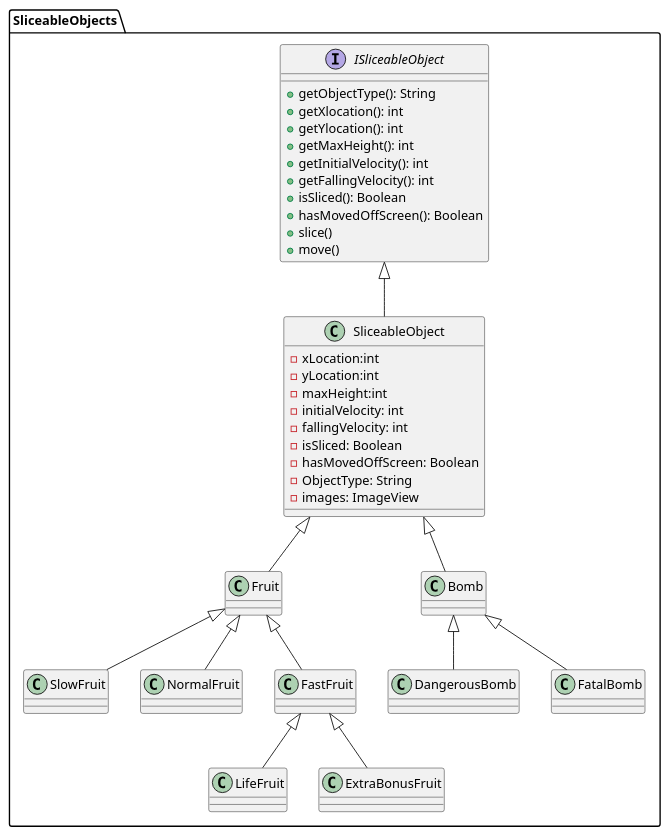
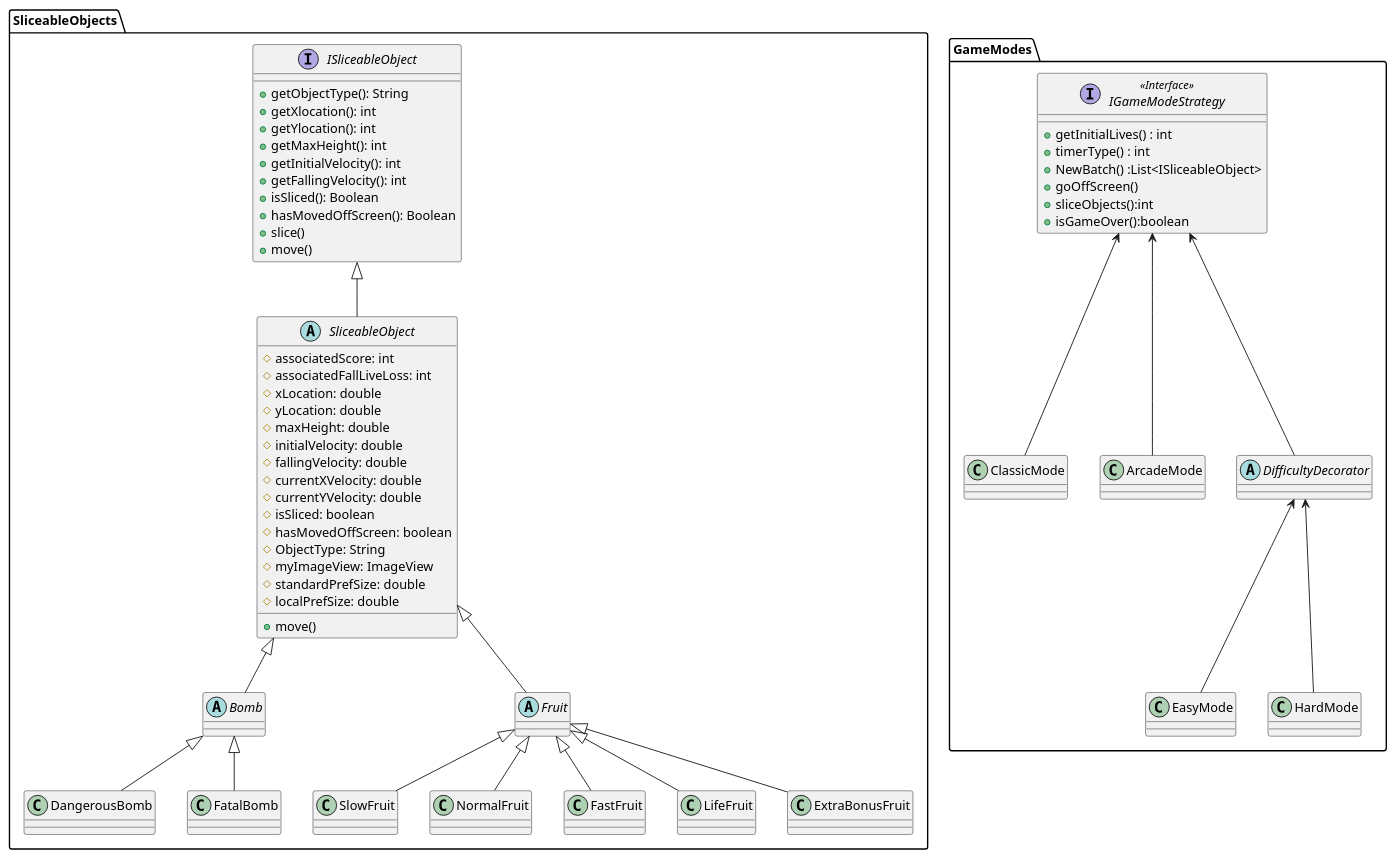
One commit to zixa5824/FruitNinja changed the diagram in Fruit-Ninja-knockoff.puml. Above: the diagram before and after it, drawn with PlantUML. The commit also changed 4 other files, not shown here.

```diff
--- a/Fruit-Ninja-knockoff.puml
+++ b/Fruit-Ninja-knockoff.puml
@@ -1,49 +1,82 @@
 @startuml
 
 package SliceableObjects {
 
     interface ISliceableObject{
         +getObjectType(): String
         +getXlocation(): int
         +getYlocation(): int
         +getMaxHeight(): int
         +getInitialVelocity(): int
         +getFallingVelocity(): int
         +isSliced(): Boolean
         +hasMovedOffScreen(): Boolean
         +slice()
         +move()
 
     }
 
-    Class SliceableObject{
-        -xLocation:int
-        -yLocation:int
-        -maxHeight:int
-        -initialVelocity: int
-        -fallingVelocity: int
-        -isSliced: Boolean
-        -hasMovedOffScreen: Boolean
-        -ObjectType: String
-        -images: ImageView
-    }
 
+    abstract class Bomb
+    abstract class Fruit
+    abstract class SliceableObject {
+
+        #associatedScore: int
+        #associatedFallLiveLoss: int
+        #xLocation: double
+        #yLocation: double
+        #maxHeight: double
+        #initialVelocity: double
+        #fallingVelocity: double
+        #currentXVelocity: double
+        #currentYVelocity: double
+        #isSliced: boolean
+        #hasMovedOffScreen: boolean
+        #ObjectType: String
+        #myImageView: ImageView
+        #standardPrefSize: double
+        #localPrefSize: double
+
+        +move()
+
+        }
 
     ISliceableObject <|-- SliceableObject
 
     SliceableObject <|-- Fruit
     SliceableObject <|--  Bomb
 
     Fruit <|-- SlowFruit
     Fruit <|-- NormalFruit
     Fruit <|-- FastFruit
-    FastFruit <|-- LifeFruit
-    FastFruit <|-- ExtraBonusFruit
+    Fruit <|-- LifeFruit
+    Fruit <|-- ExtraBonusFruit
 
     Bomb <|-- DangerousBomb
     Bomb <|-- FatalBomb
 
 
 }
+package GameModes {
+interface IGameModeStrategy <<Interface>> {
+    +getInitialLives() : int
+    +timerType() : int
+    +NewBatch() :List<ISliceableObject>
+    +goOffScreen()
+    +sliceObjects():int
+    +isGameOver():boolean
+}
 
+IGameModeStrategy <-- ClassicMode
+IGameModeStrategy <-- ArcadeMode
+
+abstract class DifficultyDecorator
+
+IGameModeStrategy <-- DifficultyDecorator
+
+DifficultyDecorator <-- EasyMode
+DifficultyDecorator <-- HardMode
+
+
+}
 @enduml
```
